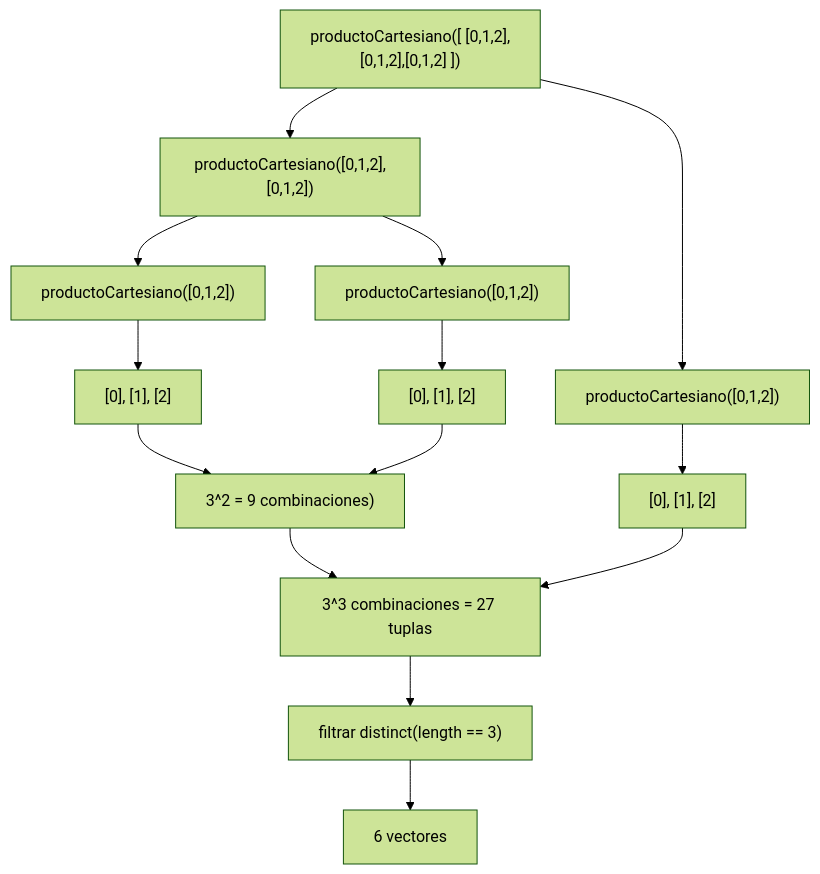
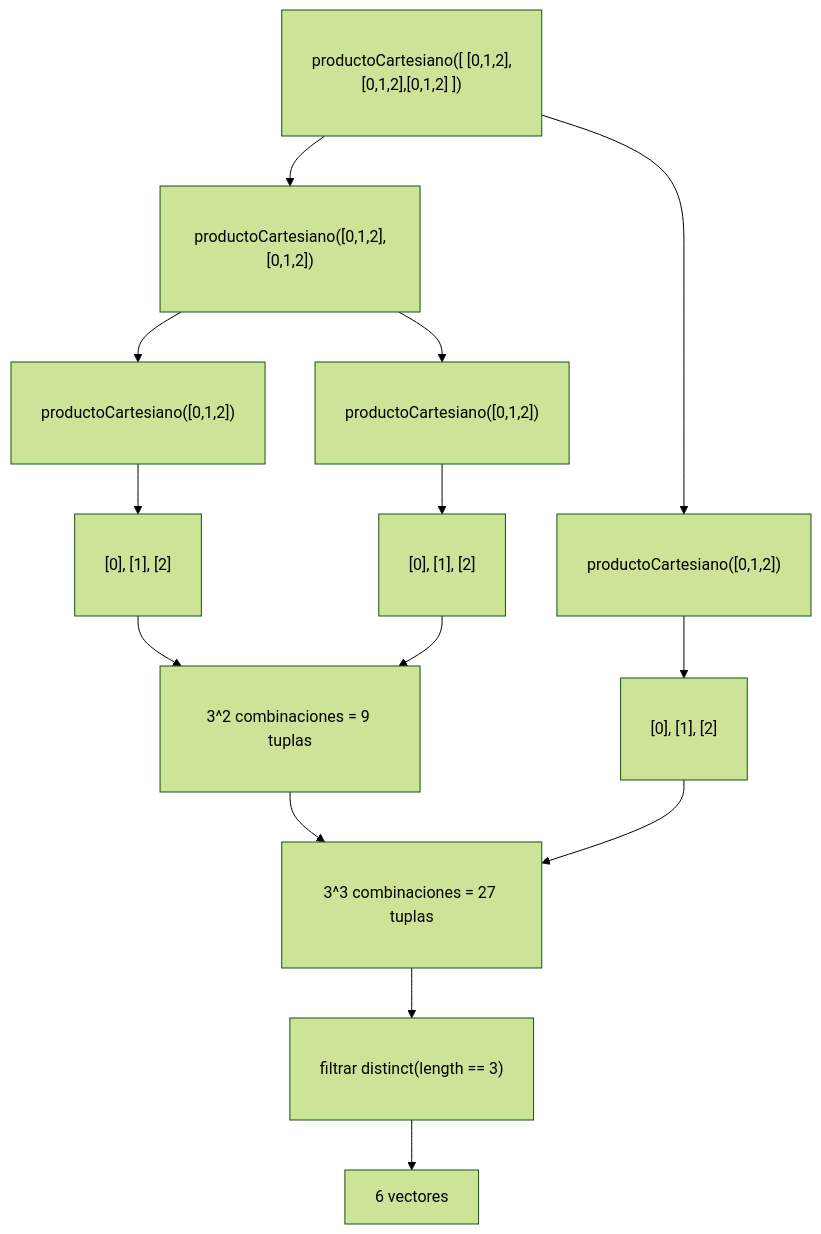
The fifth of 5 diagrams in docs/informeProceso.md (2025-II-PFC-FLP/proyecto-final-pfc-2025-ii-master-final), drawn with Mermaid (forest theme) before and after one commit. The commit also changed other lines of this file, not shown here.

Commit message:
ajustes diagrama proceso generarProgramacionesRiegoPar

`````diff
--- a/docs/informeProceso.md
+++ b/docs/informeProceso.md
@@ -487,23 +489,27 @@
 ````mermaid
 graph TD
-  Root["productoCartesiano([ [0,1,2],[0,1,2],[0,1,2] ])"]
+  %% nodos
+  classDef big padding:20px;
   
-  Root --> IZQ["productoCartesiano([0,1,2])"]
-  Root --> DER["productoCartesiano([0,1,2],[0,1,2])"]
+  Root["productoCartesiano([ [0,1,2],[0,1,2],[0,1,2] ])"]:::big
+  
+  Root --> IZQ["productoCartesiano([0,1,2])"]:::big
+  Root --> DER["productoCartesiano([0,1,2],[0,1,2])"]:::big
 
-  DER --> DER1["productoCartesiano([0,1,2])"]
-  DER --> DER2["productoCartesiano([0,1,2])"]
+  DER --> DER1["productoCartesiano([0,1,2])"]:::big
+  DER --> DER2["productoCartesiano([0,1,2])"]:::big
 
-  IZQ --> BaseIZQ["[0], [1], [2]"]
-  DER1 --> BaseDER1["[0], [1], [2]"]
-  DER2 --> BaseDER2["[0], [1], [2]"]
+  IZQ --> BaseIZQ["[0], [1], [2]"]:::big
+  DER1 --> BaseDER1["[0], [1], [2]"]:::big
+  DER2 --> BaseDER2["[0], [1], [2]"]:::big
 
-  BaseDER1 --> CombDER["3^2 = 9 combinaciones)"]
+  BaseDER1 --> CombDER["3^2 combinaciones = 9 tuplas"]:::big
   BaseDER2 --> CombDER
 
-  CombDER --> CombROOT["3^3 combinaciones = 27 tuplas"]
+  CombDER --> CombROOT["3^3 combinaciones = 27 tuplas"]:::big
   BaseIZQ --> CombROOT
-
-  CombROOT --> Filter["filtrar distinct(length == 3)"]
+  
+  %% resultado
+  CombROOT --> Filter["filtrar distinct(length == 3)"]:::big
   Filter --> Res["6 vectores"]
 ````
`````
